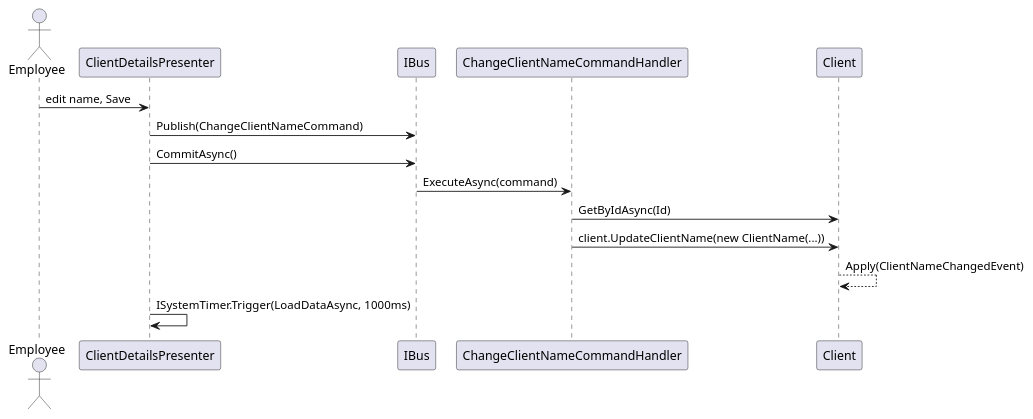
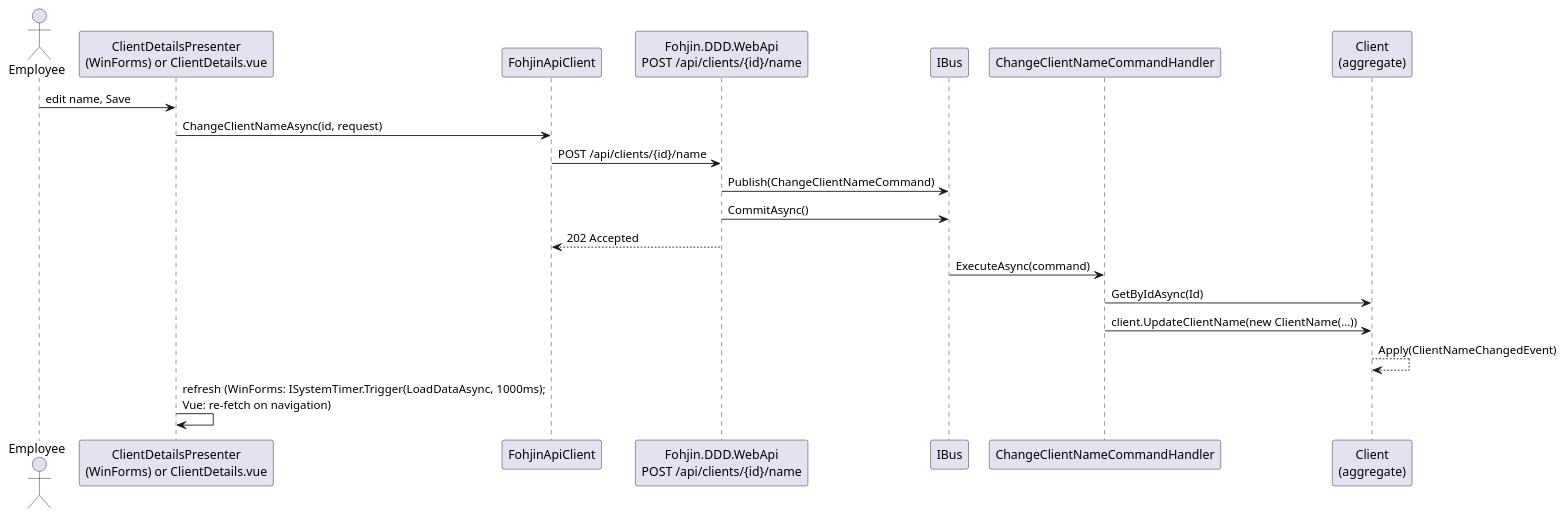
Before and after one commit to Mwwhited-BookLearning/fohjin-cqrs: the third of 3 diagrams in docs/01-client-management.md, drawn with PlantUML. The commit also changed other lines of this file and 8 other files, not shown here.

````diff
--- a/docs/01-client-management.md
+++ b/docs/01-client-management.md
@@ -132,18 +141,23 @@
 ```plantuml
 @startuml
 actor Employee
-participant "ClientDetailsPresenter" as Presenter
+participant "ClientDetailsPresenter\n(WinForms) or ClientDetails.vue" as Client
+participant "FohjinApiClient" as ApiClient
+participant "Fohjin.DDD.WebApi\nPOST /api/clients/{id}/name" as Endpoint
 participant "IBus" as Bus
 participant "ChangeClientNameCommandHandler" as Handler
-participant "Client" as Client
+participant "Client\n(aggregate)" as Aggregate
 
-Employee -> Presenter : edit name, Save
-Presenter -> Bus : Publish(ChangeClientNameCommand)
-Presenter -> Bus : CommitAsync()
+Employee -> Client : edit name, Save
+Client -> ApiClient : ChangeClientNameAsync(id, request)
+ApiClient -> Endpoint : POST /api/clients/{id}/name
+Endpoint -> Bus : Publish(ChangeClientNameCommand)
+Endpoint -> Bus : CommitAsync()
+Endpoint --> ApiClient : 202 Accepted
 Bus -> Handler : ExecuteAsync(command)
-Handler -> Client : GetByIdAsync(Id)
-Handler -> Client : client.UpdateClientName(new ClientName(...))
-Client --> Client : Apply(ClientNameChangedEvent)
-Presenter -> Presenter : ISystemTimer.Trigger(LoadDataAsync, 1000ms)
+Handler -> Aggregate : GetByIdAsync(Id)
+Handler -> Aggregate : client.UpdateClientName(new ClientName(...))
+Aggregate --> Aggregate : Apply(ClientNameChangedEvent)
+Client -> Client : refresh (WinForms: ISystemTimer.Trigger(LoadDataAsync, 1000ms);\nVue: re-fetch on navigation)
 @enduml
 ```
````
